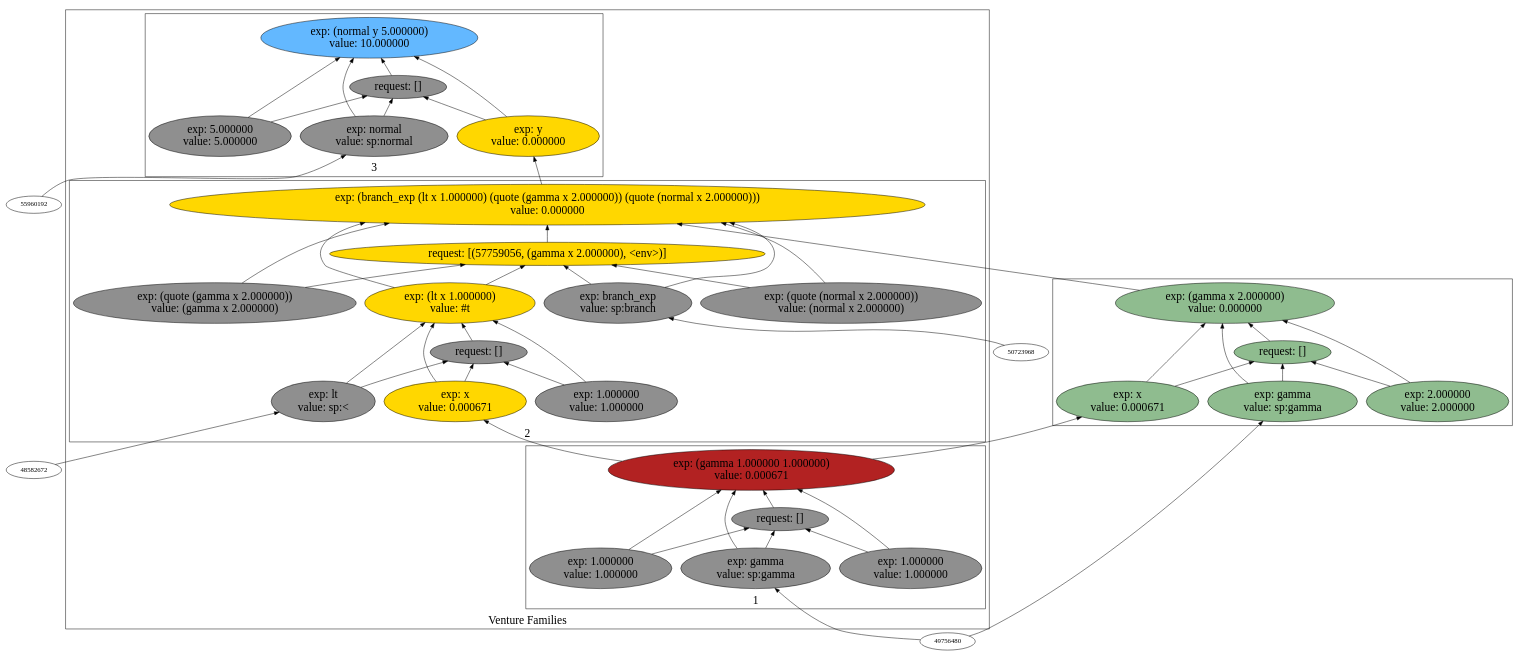
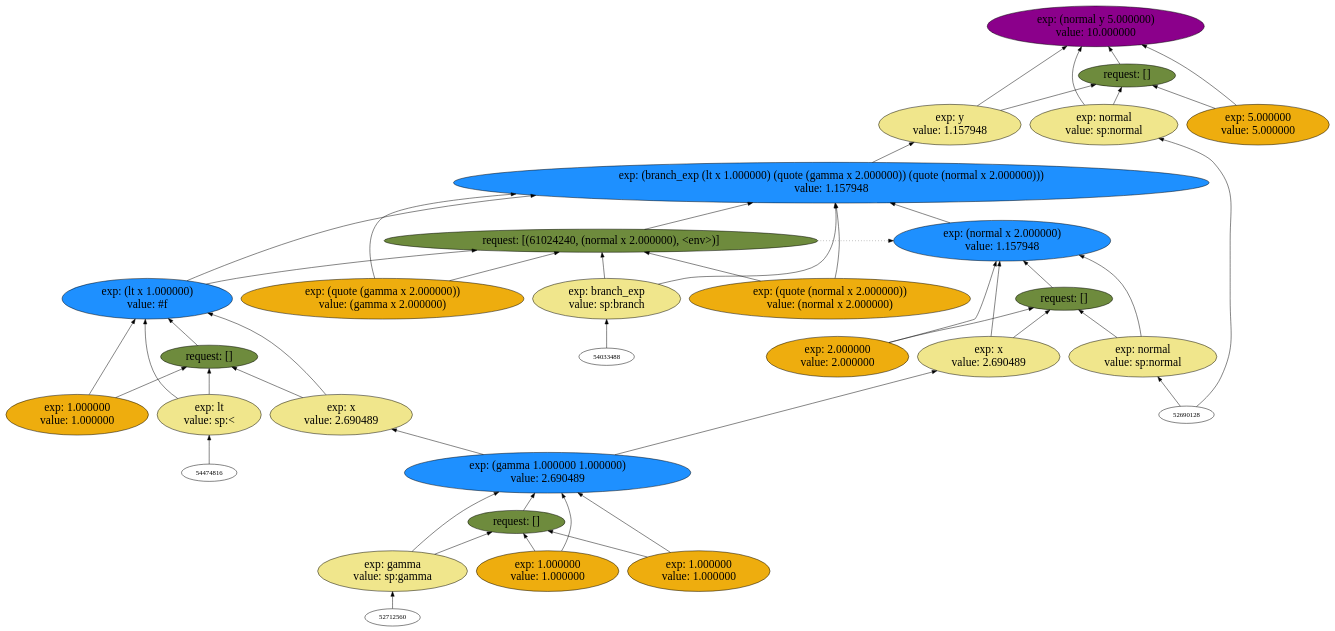
The diagram in backend/cxx/graphs/erg1/dot1.dot (probcomp/Venturecxx), drawn with Graphviz before and after one commit. The commit also changed 23 other files, not shown here.

Commit message:
Rendering schematics.

```diff
--- a/backend/cxx/graphs/erg1/dot1.dot
+++ b/backend/cxx/graphs/erg1/dot1.dot
@@ -1,96 +1,97 @@
 digraph {
 rankdir=BT
 fontsize=24
-subgraph cluster1 {
+subgraph clster1 {
 label="Venture Families"
-subgraph cluster2 {
+subgraph clster2 {
 label="1"
-"58182000"["fillcolor"="firebrick" "fontsize"="24" "label"="exp: (gamma 1.000000 1.000000)\nvalue: 0.000671" "shape"="ellipse" "style"="filled" ]
-"57820576"["fillcolor"="grey56" "fontsize"="24" "label"="request: []" "shape"="ellipse" "style"="filled" ]
-"56189504"["fillcolor"="grey56" "fontsize"="24" "label"="exp: gamma\nvalue: sp:gamma" "shape"="ellipse" "style"="filled" ]
-"56908640"["fillcolor"="grey56" "fontsize"="24" "label"="exp: 1.000000\nvalue: 1.000000" "shape"="ellipse" "style"="filled" ]
-"57045648"["fillcolor"="grey56" "fontsize"="24" "label"="exp: 1.000000\nvalue: 1.000000" "shape"="ellipse" "style"="filled" ]
+"60032512"["fillcolor"="dodgerblue" "fontsize"="24" "label"="exp: (gamma 1.000000 1.000000)\nvalue: 2.690489" "shape"="ellipse" "style"="filled" ]
+"59581664"["fillcolor"="darkolivegreen4" "fontsize"="24" "label"="request: []" "shape"="ellipse" "style"="filled" ]
+"60730192"["fillcolor"="khaki" "fontsize"="24" "label"="exp: gamma\nvalue: sp:gamma" "shape"="ellipse" "style"="filled" ]
+"58687760"["fillcolor"="darkgoldenrod2" "fontsize"="24" "label"="exp: 1.000000\nvalue: 1.000000" "shape"="ellipse" "style"="filled" ]
+"59543920"["fillcolor"="darkgoldenrod2" "fontsize"="24" "label"="exp: 1.000000\nvalue: 1.000000" "shape"="ellipse" "style"="filled" ]
 }
 
-subgraph cluster3 {
+subgraph clster3 {
 label="2"
-"58525680"["fillcolor"="gold" "fontsize"="24" "label"="exp: (branch_exp (lt x 1.000000) (quote (gamma x 2.000000)) (quote (normal x 2.000000)))\nvalue: 0.000000" "shape"="ellipse" "style"="filled" ]
-"57759056"["fillcolor"="gold" "fontsize"="24" "label"="request: [(57759056, (gamma x 2.000000), <env>)]" "shape"="ellipse" "style"="filled" ]
-"57083392"["fillcolor"="grey56" "fontsize"="24" "label"="exp: branch_exp\nvalue: sp:branch" "shape"="ellipse" "style"="filled" ]
-"57534240"["fillcolor"="gold" "fontsize"="24" "label"="exp: (lt x 1.000000)\nvalue: #t" "shape"="ellipse" "style"="filled" ]
-"57499296"["fillcolor"="grey56" "fontsize"="24" "label"="request: []" "shape"="ellipse" "style"="filled" ]
-"56365488"["fillcolor"="grey56" "fontsize"="24" "label"="exp: lt\nvalue: sp:<" "shape"="ellipse" "style"="filled" ]
-"56497664"["fillcolor"="gold" "fontsize"="24" "label"="exp: x\nvalue: 0.000671" "shape"="ellipse" "style"="filled" ]
-"56100400"["fillcolor"="grey56" "fontsize"="24" "label"="exp: 1.000000\nvalue: 1.000000" "shape"="ellipse" "style"="filled" ]
-"56301184"["fillcolor"="grey56" "fontsize"="24" "label"="exp: (quote (gamma x 2.000000))\nvalue: (gamma x 2.000000)" "shape"="ellipse" "style"="filled" ]
-"56184528"["fillcolor"="grey56" "fontsize"="24" "label"="exp: (quote (normal x 2.000000))\nvalue: (normal x 2.000000)" "shape"="ellipse" "style"="filled" ]
+"58863744"["fillcolor"="dodgerblue" "fontsize"="24" "label"="exp: (branch_exp (lt x 1.000000) (quote (gamma x 2.000000)) (quote (normal x 2.000000)))\nvalue: 1.157948" "shape"="ellipse" "style"="filled" ]
+"61024240"["fillcolor"="darkolivegreen4" "fontsize"="24" "label"="request: [(61024240, (normal x 2.000000), <env>)]" "shape"="ellipse" "style"="filled" ]
+"58995920"["fillcolor"="khaki" "fontsize"="24" "label"="exp: branch_exp\nvalue: sp:branch" "shape"="ellipse" "style"="filled" ]
+"58799440"["fillcolor"="dodgerblue" "fontsize"="24" "label"="exp: (lt x 1.000000)\nvalue: #f" "shape"="ellipse" "style"="filled" ]
+"58598656"["fillcolor"="darkolivegreen4" "fontsize"="24" "label"="request: []" "shape"="ellipse" "style"="filled" ]
+"58682784"["fillcolor"="khaki" "fontsize"="24" "label"="exp: lt\nvalue: sp:<" "shape"="ellipse" "style"="filled" ]
+"58846304"["fillcolor"="khaki" "fontsize"="24" "label"="exp: x\nvalue: 2.690489" "shape"="ellipse" "style"="filled" ]
+"59036848"["fillcolor"="darkgoldenrod2" "fontsize"="24" "label"="exp: 1.000000\nvalue: 1.000000" "shape"="ellipse" "style"="filled" ]
+"58570656"["fillcolor"="darkgoldenrod2" "fontsize"="24" "label"="exp: (quote (gamma x 2.000000))\nvalue: (gamma x 2.000000)" "shape"="ellipse" "style"="filled" ]
+"59044160"["fillcolor"="darkgoldenrod2" "fontsize"="24" "label"="exp: (quote (normal x 2.000000))\nvalue: (normal x 2.000000)" "shape"="ellipse" "style"="filled" ]
 }
 
-subgraph cluster4 {
+subgraph clster4 {
 label="3"
-"56266672"["fillcolor"="steelblue1" "fontsize"="24" "label"="exp: (normal y 5.000000)\nvalue: 10.000000" "shape"="ellipse" "style"="filled" ]
-"58535664"["fillcolor"="grey56" "fontsize"="24" "label"="request: []" "shape"="ellipse" "style"="filled" ]
-"56981728"["fillcolor"="grey56" "fontsize"="24" "label"="exp: normal\nvalue: sp:normal" "shape"="ellipse" "style"="filled" ]
-"57032928"["fillcolor"="gold" "fontsize"="24" "label"="exp: y\nvalue: 0.000000" "shape"="ellipse" "style"="filled" ]
-"57069104"["fillcolor"="grey56" "fontsize"="24" "label"="exp: 5.000000\nvalue: 5.000000" "shape"="ellipse" "style"="filled" ]
+"59642864"["fillcolor"="magenta4" "fontsize"="24" "label"="exp: (normal y 5.000000)\nvalue: 10.000000" "shape"="ellipse" "style"="filled" ]
+"59605120"["fillcolor"="darkolivegreen4" "fontsize"="24" "label"="request: []" "shape"="ellipse" "style"="filled" ]
+"59680608"["fillcolor"="khaki" "fontsize"="24" "label"="exp: normal\nvalue: sp:normal" "shape"="ellipse" "style"="filled" ]
+"59718352"["fillcolor"="khaki" "fontsize"="24" "label"="exp: y\nvalue: 1.157948" "shape"="ellipse" "style"="filled" ]
+"59756096"["fillcolor"="darkgoldenrod2" "fontsize"="24" "label"="exp: 5.000000\nvalue: 5.000000" "shape"="ellipse" "style"="filled" ]
 }
 
 }
 
-subgraph cluster5 {
+subgraph clster5 {
 label=""
-"56538592"["fillcolor"="darkseagreen" "fontsize"="24" "label"="exp: (gamma x 2.000000)\nvalue: 0.000000" "shape"="ellipse" "style"="filled" ]
-"56348048"["fillcolor"="darkseagreen" "fontsize"="24" "label"="request: []" "shape"="ellipse" "style"="filled" ]
-"56072400"["fillcolor"="darkseagreen" "fontsize"="24" "label"="exp: gamma\nvalue: sp:gamma" "shape"="ellipse" "style"="filled" ]
-"56858176"["fillcolor"="darkseagreen" "fontsize"="24" "label"="exp: x\nvalue: 0.000671" "shape"="ellipse" "style"="filled" ]
-"56894352"["fillcolor"="darkseagreen" "fontsize"="24" "label"="exp: 2.000000\nvalue: 2.000000" "shape"="ellipse" "style"="filled" ]
+"59392624"["fillcolor"="dodgerblue" "fontsize"="24" "label"="exp: (normal x 2.000000)\nvalue: 1.157948" "shape"="ellipse" "style"="filled" ]
+"59356448"["fillcolor"="darkolivegreen4" "fontsize"="24" "label"="request: []" "shape"="ellipse" "style"="filled" ]
+"59443824"["fillcolor"="khaki" "fontsize"="24" "label"="exp: normal\nvalue: sp:normal" "shape"="ellipse" "style"="filled" ]
+"59480000"["fillcolor"="khaki" "fontsize"="24" "label"="exp: x\nvalue: 2.690489" "shape"="ellipse" "style"="filled" ]
+"59531200"["fillcolor"="darkgoldenrod2" "fontsize"="24" "label"="exp: 2.000000\nvalue: 2.000000" "shape"="ellipse" "style"="filled" ]
 }
 
-"56981728" -> "56266672"["arrowhead"="normal" "color"="black" "style"="solid" ]
-"56981728" -> "58535664"["arrowhead"="normal" "color"="black" "style"="solid" ]
-"55960192" -> "56981728"["arrowhead"="normal" "color"="black" "style"="solid" ]
-"57032928" -> "56266672"["arrowhead"="normal" "color"="black" "style"="solid" ]
-"57032928" -> "58535664"["arrowhead"="normal" "color"="black" "style"="solid" ]
-"58525680" -> "57032928"["arrowhead"="normal" "color"="black" "style"="solid" ]
-"57069104" -> "56266672"["arrowhead"="normal" "color"="black" "style"="solid" ]
-"57069104" -> "58535664"["arrowhead"="normal" "color"="black" "style"="solid" ]
-"58535664" -> "56266672"["arrowhead"="normal" "color"="black" "style"="solid" ]
-"56072400" -> "56538592"["arrowhead"="normal" "color"="black" "style"="solid" ]
-"56072400" -> "56348048"["arrowhead"="normal" "color"="black" "style"="solid" ]
-"49756480" -> "56072400"["arrowhead"="normal" "color"="black" "style"="solid" ]
-"56858176" -> "56538592"["arrowhead"="normal" "color"="black" "style"="solid" ]
-"56858176" -> "56348048"["arrowhead"="normal" "color"="black" "style"="solid" ]
-"58182000" -> "56858176"["arrowhead"="normal" "color"="black" "style"="solid" ]
-"56894352" -> "56538592"["arrowhead"="normal" "color"="black" "style"="solid" ]
-"56894352" -> "56348048"["arrowhead"="normal" "color"="black" "style"="solid" ]
-"56348048" -> "56538592"["arrowhead"="normal" "color"="black" "style"="solid" ]
-"56189504" -> "58182000"["arrowhead"="normal" "color"="black" "style"="solid" ]
-"56189504" -> "57820576"["arrowhead"="normal" "color"="black" "style"="solid" ]
-"49756480" -> "56189504"["arrowhead"="normal" "color"="black" "style"="solid" ]
-"56908640" -> "58182000"["arrowhead"="normal" "color"="black" "style"="solid" ]
-"56908640" -> "57820576"["arrowhead"="normal" "color"="black" "style"="solid" ]
-"57045648" -> "58182000"["arrowhead"="normal" "color"="black" "style"="solid" ]
-"57045648" -> "57820576"["arrowhead"="normal" "color"="black" "style"="solid" ]
-"57820576" -> "58182000"["arrowhead"="normal" "color"="black" "style"="solid" ]
-"57083392" -> "58525680"["arrowhead"="normal" "color"="black" "style"="solid" ]
-"57083392" -> "57759056"["arrowhead"="normal" "color"="black" "style"="solid" ]
-"50723968" -> "57083392"["arrowhead"="normal" "color"="black" "style"="solid" ]
-"57534240" -> "58525680"["arrowhead"="normal" "color"="black" "style"="solid" ]
-"57534240" -> "57759056"["arrowhead"="normal" "color"="black" "style"="solid" ]
-"56365488" -> "57534240"["arrowhead"="normal" "color"="black" "style"="solid" ]
-"56365488" -> "57499296"["arrowhead"="normal" "color"="black" "style"="solid" ]
-"48582672" -> "56365488"["arrowhead"="normal" "color"="black" "style"="solid" ]
-"56497664" -> "57534240"["arrowhead"="normal" "color"="black" "style"="solid" ]
-"56497664" -> "57499296"["arrowhead"="normal" "color"="black" "style"="solid" ]
-"58182000" -> "56497664"["arrowhead"="normal" "color"="black" "style"="solid" ]
-"56100400" -> "57534240"["arrowhead"="normal" "color"="black" "style"="solid" ]
-"56100400" -> "57499296"["arrowhead"="normal" "color"="black" "style"="solid" ]
-"57499296" -> "57534240"["arrowhead"="normal" "color"="black" "style"="solid" ]
-"56301184" -> "58525680"["arrowhead"="normal" "color"="black" "style"="solid" ]
-"56301184" -> "57759056"["arrowhead"="normal" "color"="black" "style"="solid" ]
-"56184528" -> "58525680"["arrowhead"="normal" "color"="black" "style"="solid" ]
-"56184528" -> "57759056"["arrowhead"="normal" "color"="black" "style"="solid" ]
-"57759056" -> "58525680"["arrowhead"="normal" "color"="black" "style"="solid" ]
-"56538592" -> "58525680"["arrowhead"="normal" "color"="black" "style"="solid" ]
+"58995920" -> "58863744"["arrowhead"="normal" "color"="black" "constraint"="true" "style"="solid" ]
+"58995920" -> "61024240"["arrowhead"="normal" "color"="black" "constraint"="true" "style"="solid" ]
+"54033488" -> "58995920"["arrowhead"="normal" "color"="black" "constraint"="true" "style"="solid" ]
+"58799440" -> "58863744"["arrowhead"="normal" "color"="black" "constraint"="true" "style"="solid" ]
+"58799440" -> "61024240"["arrowhead"="normal" "color"="black" "constraint"="true" "style"="solid" ]
+"58682784" -> "58799440"["arrowhead"="normal" "color"="black" "constraint"="true" "style"="solid" ]
+"58682784" -> "58598656"["arrowhead"="normal" "color"="black" "constraint"="true" "style"="solid" ]
+"54474816" -> "58682784"["arrowhead"="normal" "color"="black" "constraint"="true" "style"="solid" ]
+"58846304" -> "58799440"["arrowhead"="normal" "color"="black" "constraint"="true" "style"="solid" ]
+"58846304" -> "58598656"["arrowhead"="normal" "color"="black" "constraint"="true" "style"="solid" ]
+"60032512" -> "58846304"["arrowhead"="normal" "color"="black" "constraint"="true" "style"="solid" ]
+"59036848" -> "58799440"["arrowhead"="normal" "color"="black" "constraint"="true" "style"="solid" ]
+"59036848" -> "58598656"["arrowhead"="normal" "color"="black" "constraint"="true" "style"="solid" ]
+"58598656" -> "58799440"["arrowhead"="normal" "color"="black" "constraint"="true" "style"="solid" ]
+"58570656" -> "58863744"["arrowhead"="normal" "color"="black" "constraint"="true" "style"="solid" ]
+"58570656" -> "61024240"["arrowhead"="normal" "color"="black" "constraint"="true" "style"="solid" ]
+"59044160" -> "58863744"["arrowhead"="normal" "color"="black" "constraint"="true" "style"="solid" ]
+"59044160" -> "61024240"["arrowhead"="normal" "color"="black" "constraint"="true" "style"="solid" ]
+"61024240" -> "58863744"["arrowhead"="normal" "color"="black" "constraint"="true" "style"="solid" ]
+"59392624" -> "58863744"["arrowhead"="normal" "color"="black" "constraint"="true" "style"="solid" ]
+"61024240" -> "59392624"["arrowhead"="normal" "color"="black" "constraint"="false" "style"="dotted" ]
+"59443824" -> "59392624"["arrowhead"="normal" "color"="black" "constraint"="true" "style"="solid" ]
+"59443824" -> "59356448"["arrowhead"="normal" "color"="black" "constraint"="true" "style"="solid" ]
+"52690128" -> "59443824"["arrowhead"="normal" "color"="black" "constraint"="true" "style"="solid" ]
+"59480000" -> "59392624"["arrowhead"="normal" "color"="black" "constraint"="true" "style"="solid" ]
+"59480000" -> "59356448"["arrowhead"="normal" "color"="black" "constraint"="true" "style"="solid" ]
+"60032512" -> "59480000"["arrowhead"="normal" "color"="black" "constraint"="true" "style"="solid" ]
+"59531200" -> "59392624"["arrowhead"="normal" "color"="black" "constraint"="true" "style"="solid" ]
+"59531200" -> "59356448"["arrowhead"="normal" "color"="black" "constraint"="true" "style"="solid" ]
+"59356448" -> "59392624"["arrowhead"="normal" "color"="black" "constraint"="true" "style"="solid" ]
+"59680608" -> "59642864"["arrowhead"="normal" "color"="black" "constraint"="true" "style"="solid" ]
+"59680608" -> "59605120"["arrowhead"="normal" "color"="black" "constraint"="true" "style"="solid" ]
+"52690128" -> "59680608"["arrowhead"="normal" "color"="black" "constraint"="true" "style"="solid" ]
+"59718352" -> "59642864"["arrowhead"="normal" "color"="black" "constraint"="true" "style"="solid" ]
+"59718352" -> "59605120"["arrowhead"="normal" "color"="black" "constraint"="true" "style"="solid" ]
+"58863744" -> "59718352"["arrowhead"="normal" "color"="black" "constraint"="true" "style"="solid" ]
+"59756096" -> "59642864"["arrowhead"="normal" "color"="black" "constraint"="true" "style"="solid" ]
+"59756096" -> "59605120"["arrowhead"="normal" "color"="black" "constraint"="true" "style"="solid" ]
+"59605120" -> "59642864"["arrowhead"="normal" "color"="black" "constraint"="true" "style"="solid" ]
+"60730192" -> "60032512"["arrowhead"="normal" "color"="black" "constraint"="true" "style"="solid" ]
+"60730192" -> "59581664"["arrowhead"="normal" "color"="black" "constraint"="true" "style"="solid" ]
+"52712560" -> "60730192"["arrowhead"="normal" "color"="black" "constraint"="true" "style"="solid" ]
+"58687760" -> "60032512"["arrowhead"="normal" "color"="black" "constraint"="true" "style"="solid" ]
+"58687760" -> "59581664"["arrowhead"="normal" "color"="black" "constraint"="true" "style"="solid" ]
+"59543920" -> "60032512"["arrowhead"="normal" "color"="black" "constraint"="true" "style"="solid" ]
+"59543920" -> "59581664"["arrowhead"="normal" "color"="black" "constraint"="true" "style"="solid" ]
+"59581664" -> "60032512"["arrowhead"="normal" "color"="black" "constraint"="true" "style"="solid" ]
 
 }
```
